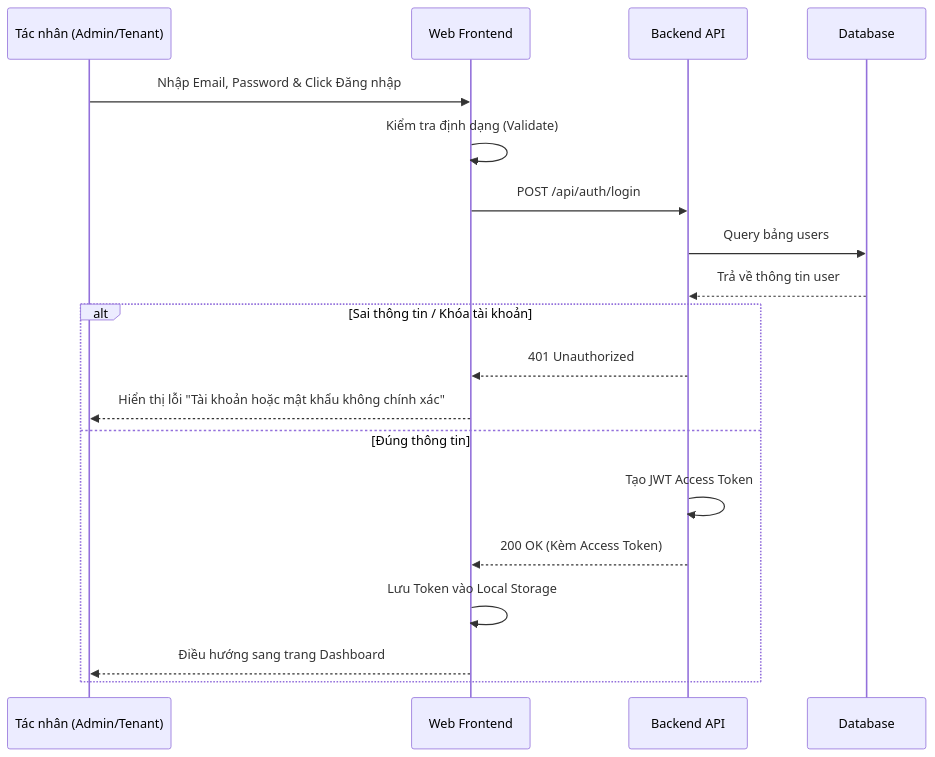
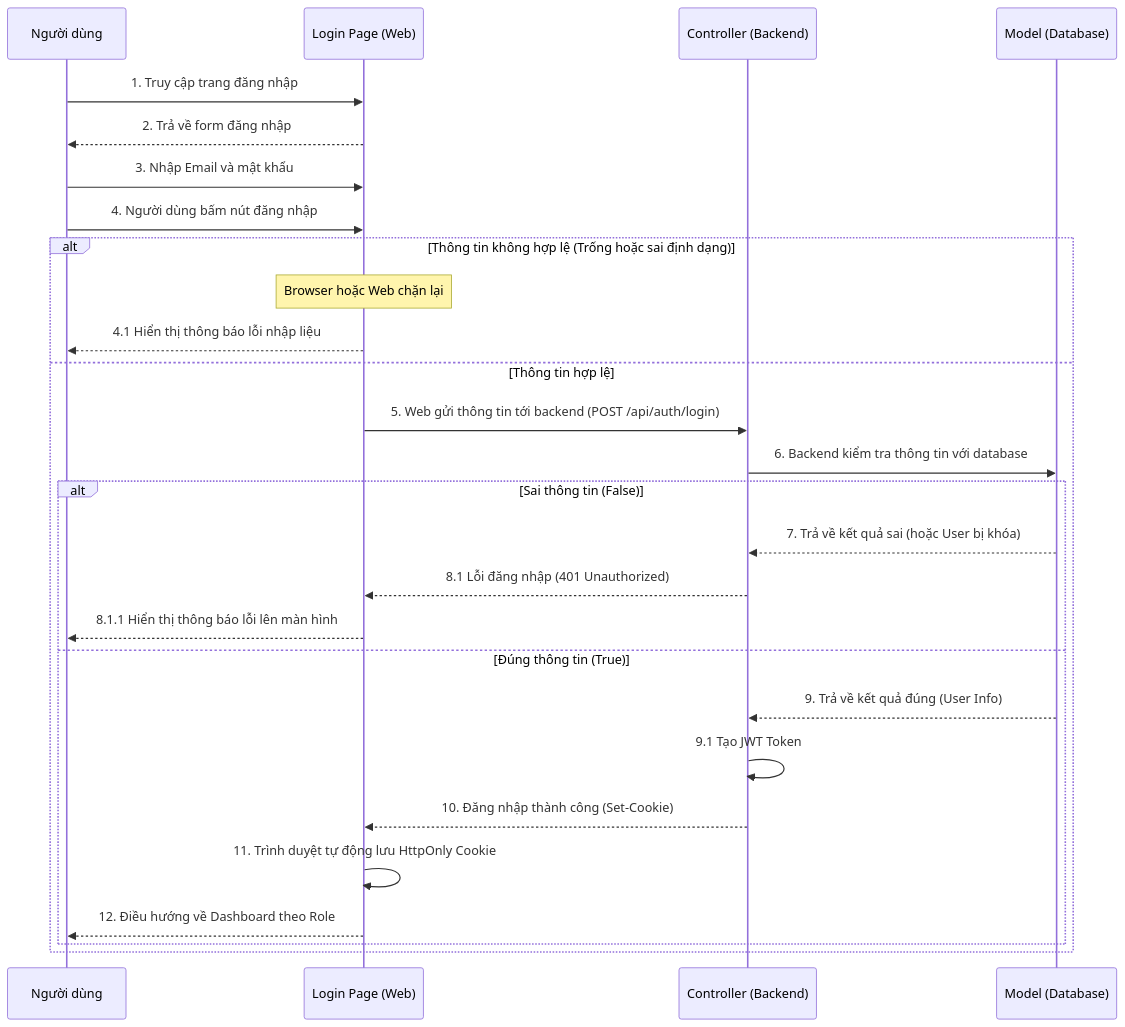
The first of 13 diagrams in documents/sequence-diagrams.md (ngogiaquyen/acw-srs), drawn with Mermaid before and after one commit. The commit also changed other lines of this file and 5 other files, not shown here.

````diff
--- a/documents/sequence-diagrams.md
+++ b/documents/sequence-diagrams.md
@@ -10,23 +8,32 @@
 ```mermaid
 sequenceDiagram
-    participant U as Tác nhân (Admin/Tenant)
-    participant W as Web Frontend
-    participant B as Backend API
-    participant D as Database
+    participant U as Người dùng
+    participant W as Login Page (Web)
+    participant B as Controller (Backend)
+    participant D as Model (Database)
 
-    U->>W: Nhập Email, Password & Click Đăng nhập
-    W->>W: Kiểm tra định dạng (Validate)
-    W->>B: POST /api/auth/login
-    B->>D: Query bảng users
-    D-->>B: Trả về thông tin user
+    U->>W: 1. Truy cập trang đăng nhập
+    W-->>U: 2. Trả về form đăng nhập
+    U->>W: 3. Nhập Email và mật khẩu
+    U->>W: 4. Người dùng bấm nút đăng nhập
     
-    alt Sai thông tin / Khóa tài khoản
-        B-->>W: 401 Unauthorized
-        W-->>U: Hiển thị lỗi "Tài khoản hoặc mật khẩu không chính xác"
-    else Đúng thông tin
-        B->>B: Tạo JWT Access Token
-        B-->>W: 200 OK (Kèm Access Token)
-        W->>W: Lưu Token vào Local Storage
-        W-->>U: Điều hướng sang trang Dashboard
+    alt Thông tin không hợp lệ (Trống hoặc sai định dạng)
+        Note over W: Browser hoặc Web chặn lại
+        W-->>U: 4.1 Hiển thị thông báo lỗi nhập liệu
+    else Thông tin hợp lệ
+        W->>B: 5. Web gửi thông tin tới backend (POST /api/auth/login)
+        B->>D: 6. Backend kiểm tra thông tin với database
+        
+        alt Sai thông tin (False)
+            D-->>B: 7. Trả về kết quả sai (hoặc User bị khóa)
+            B-->>W: 8.1 Lỗi đăng nhập (401 Unauthorized)
+            W-->>U: 8.1.1 Hiển thị thông báo lỗi lên màn hình
+        else Đúng thông tin (True)
+            D-->>B: 9. Trả về kết quả đúng (User Info)
+            B->>B: 9.1 Tạo JWT Token
+            B-->>W: 10. Đăng nhập thành công (Set-Cookie)
+            W->>W: 11. Trình duyệt tự động lưu HttpOnly Cookie
+            W-->>U: 12. Điều hướng về Dashboard theo Role
+        end
     end
 ```
````
